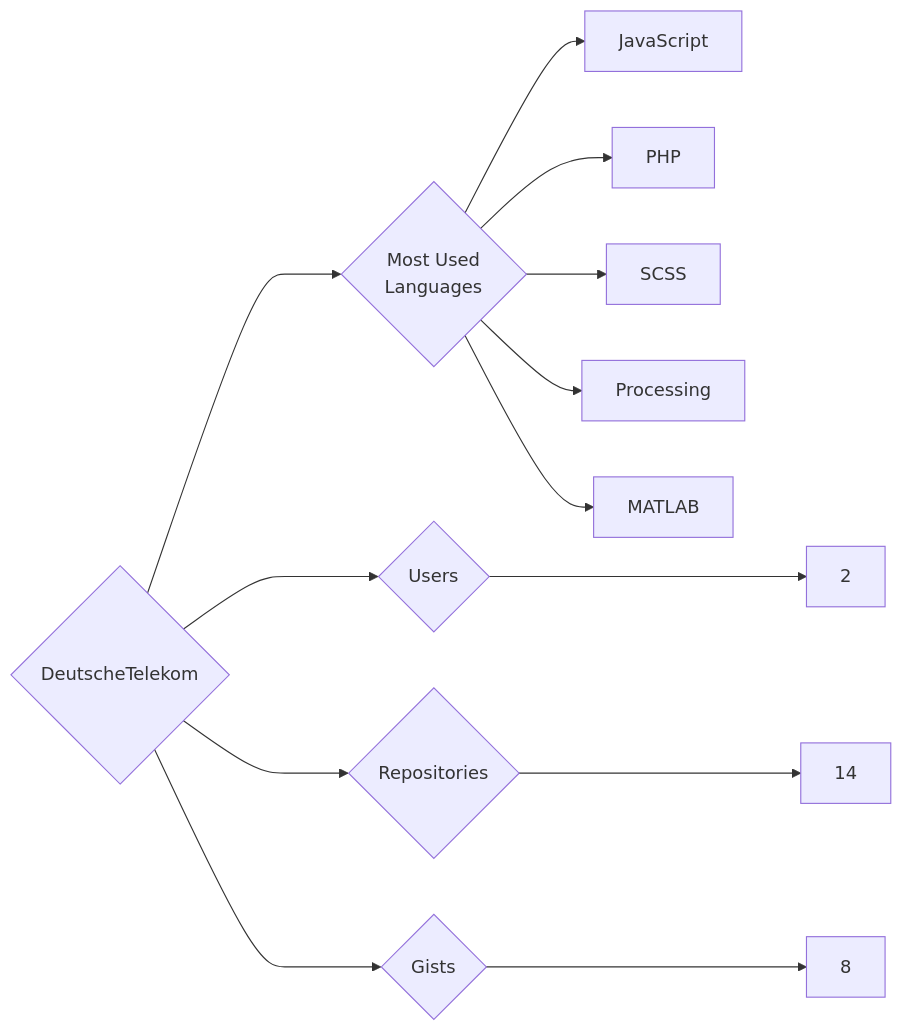
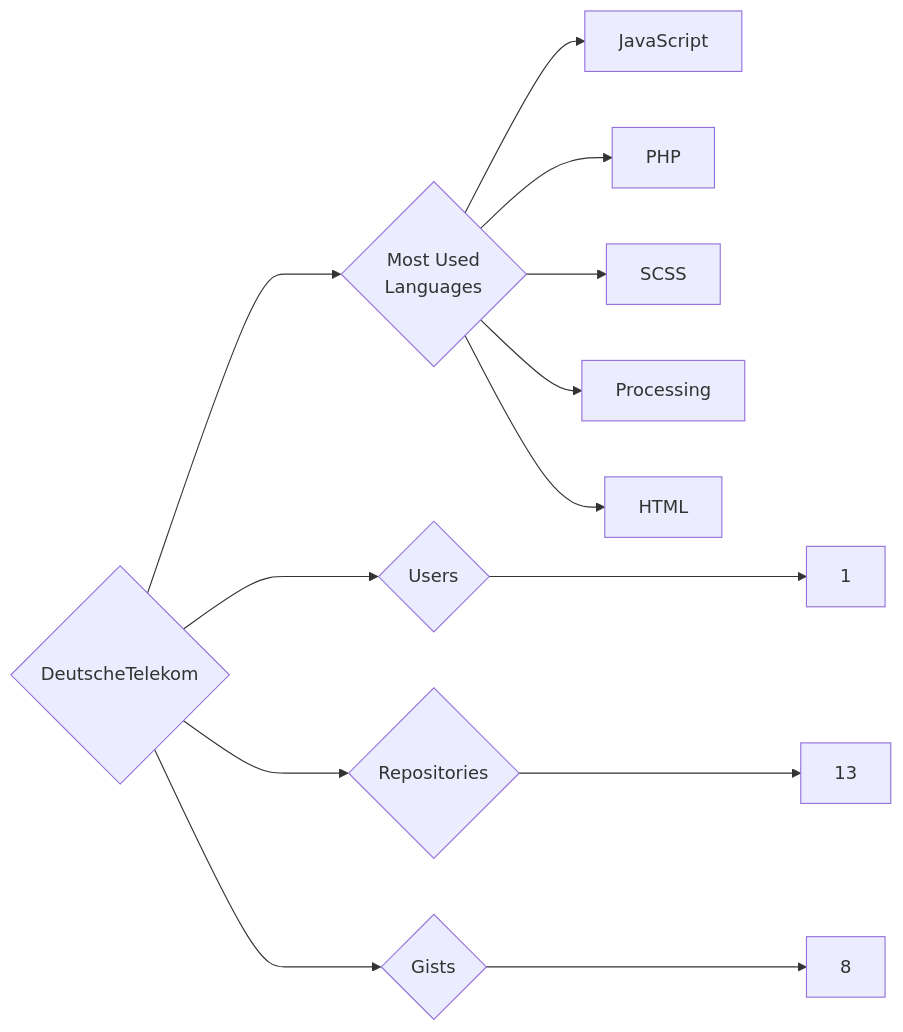
The diagram in targets/DeutscheTelekom/README.md (trickest/insiders), drawn with Mermaid before and after one commit. The commit also changed 912 other files, not shown here.

````diff
--- a/targets/DeutscheTelekom/README.md
+++ b/targets/DeutscheTelekom/README.md
@@ -3,13 +3,13 @@
 ```mermaid
 graph LR
 COMPANY_NAME{DeutscheTelekom}
-COMPANY_NAME ---> U{Users} ---> UN[2]
-COMPANY_NAME ---> R{Repositories} ---> RN[14]
+COMPANY_NAME ---> U{Users} ---> UN[1]
+COMPANY_NAME ---> R{Repositories} ---> RN[13]
 COMPANY_NAME ---> G{Gists} ---> GN[8]
 COMPANY_NAME ---> ML{Most Used<br>Languages}
 ML --> JavaScript[JavaScript]
 ML --> PHP[PHP]
 ML --> SCSS[SCSS]
 ML --> Processing[Processing]
-ML --> MATLAB[MATLAB]
+ML --> HTML[HTML]
 ```
````
